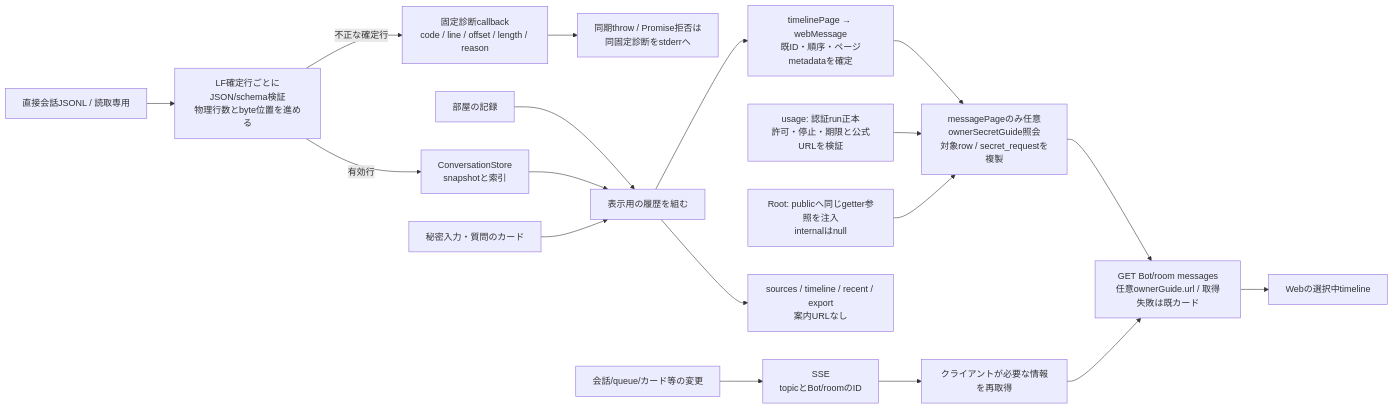
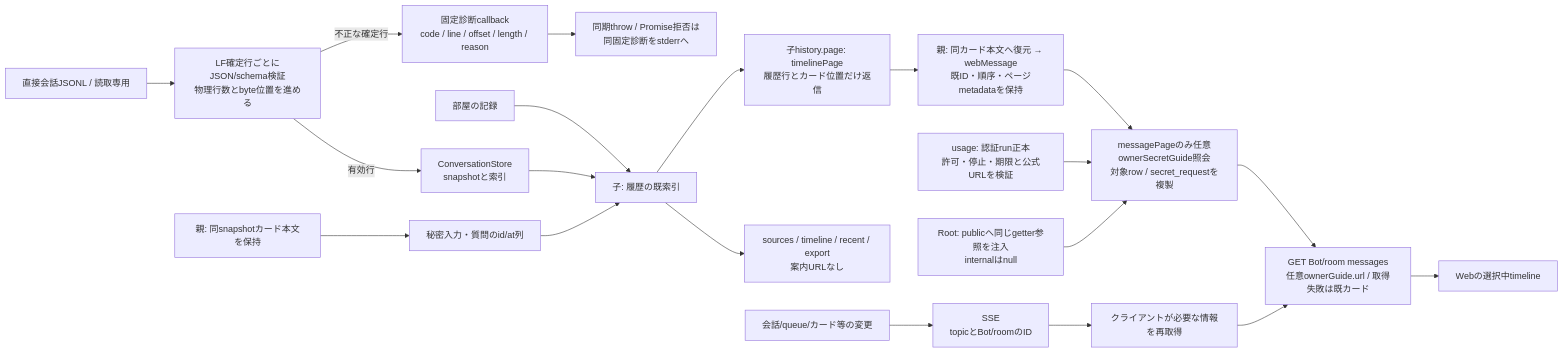
One commit to kitepon/BellTeam changed the third of 3 diagrams in docs/architecture/modules/conversation/flow.md. Above: the diagram before and after it, drawn with Mermaid. The commit also changed 13 other files, not shown here.

````diff
--- a/docs/architecture/modules/conversation/flow.md
+++ b/docs/architecture/modules/conversation/flow.md
@@ -67,20 +67,22 @@
 ```mermaid
 flowchart LR
   Direct["直接会話JSONL / 読取専用"] --> Validate["LF確定行ごとにJSON/schema検証<br/>物理行数とbyte位置を進める"]
   Validate -->|有効行| Store["ConversationStore<br/>snapshotと索引"]
   Validate -->|不正な確定行| Corruption["固定診断callback<br/>code / line / offset / length / reason"]
   Corruption --> Fallback["同期throw / Promise拒否は<br/>同固定診断をstderrへ"]
-  Room["部屋の記録"] --> Views["表示用の履歴を組む"]
+  Room["部屋の記録"] --> Views["子: 履歴の既索引"]
+  Parent["親: 同snapshotカード本文を保持"] --> Cards
   Store --> Views
-  Cards["秘密入力・質問のカード"] --> Views
-  Views --> Page["timelinePage → webMessage<br/>既ID・順序・ページmetadataを確定"]
+  Cards["秘密入力・質問のid/at列"] --> Views
+  Views --> Selected["子history.page: timelinePage<br/>履歴行とカード位置だけ返信"]
+  Selected --> Page["親: 同カード本文へ復元 → webMessage<br/>既ID・順序・ページmetadataを保持"]
   Page --> Guide["messagePageのみ任意ownerSecretGuide照会<br/>対象row / secret_requestを複製"]
   Usage["usage: 認証run正本<br/>許可・停止・期限と公式URLを検証"] --> Guide
   Root["Root: publicへ同じgetter参照を注入<br/>internalはnull"] --> Guide
   Guide --> HTTP["GET Bot/room messages<br/>任意ownerGuide.url / 取得失敗は既カード"]
   Views --> Other["sources / timeline / recent / export<br/>案内URLなし"]
   HTTP --> Web["Webの選択中timeline"]
   Changes["会話/queue/カード等の変更"] --> SSE["SSE<br/>topicとBot/roomのID"]
   SSE --> Refresh["クライアントが必要な情報を再取得"]
   Refresh --> HTTP
 ```
````
